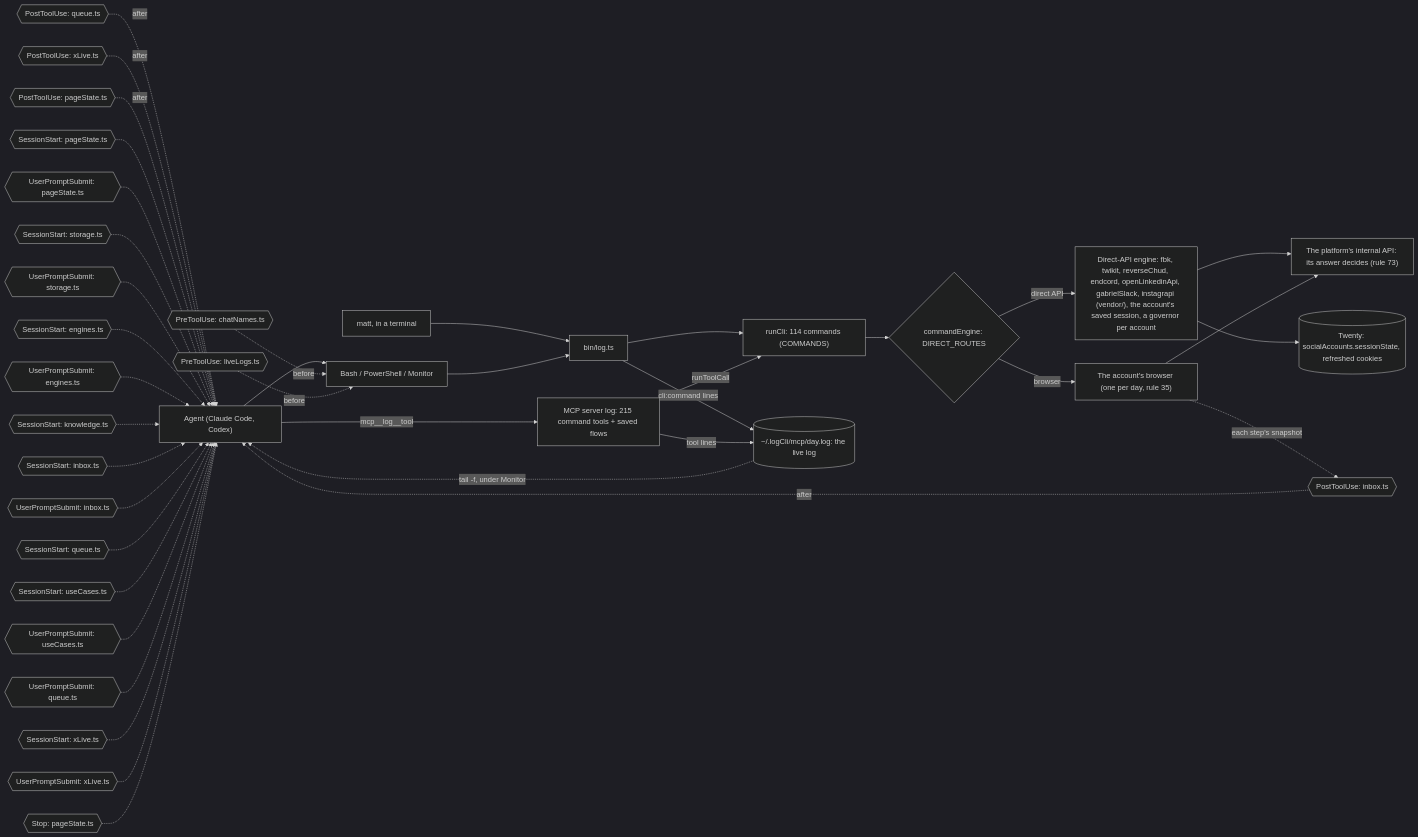
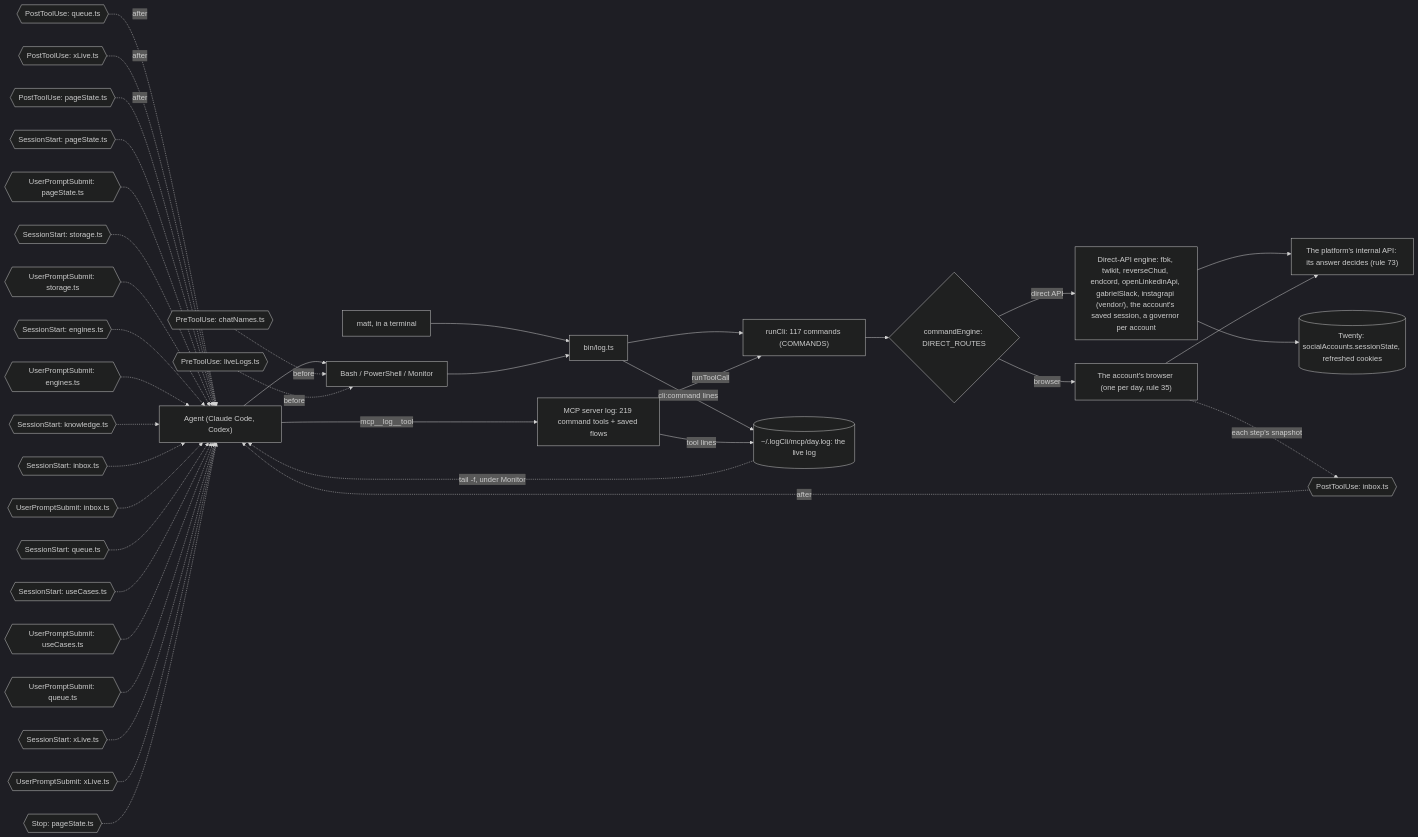
The diagram in docs/diagrams/surface.mmd (matthewdonsemail-lab/log), drawn with Mermaid (dark theme) before and after one commit. The commit also changed 25 other files, not shown here.

```diff
--- a/docs/diagrams/surface.mmd
+++ b/docs/diagrams/surface.mmd
@@ -1,53 +1,53 @@
 %% How a call reaches log-cli. From a shell or over MCP, both run the same commands through `runCli`, write the same live log, and pass through the same hooks. `commandEngine` sends each command to the platform's direct API or to the account's browser.
 %% Written by `bun run docs:build` from the code (rule 56). Not edited by hand.
 flowchart LR
   agent["Agent (Claude Code, Codex)"]
   matt["matt, in a terminal"]
   shell["Bash / PowerShell / Monitor"]
-  mcp["MCP server log: 215 command tools + saved flows"]
+  mcp["MCP server log: 219 command tools + saved flows"]
   bin["bin/log.ts"]
-  runCli["runCli: 114 commands (COMMANDS)"]
+  runCli["runCli: 117 commands (COMMANDS)"]
   live[("~/.logCli/mcp/day.log: the live log")]
   engine{"commandEngine: DIRECT_ROUTES"}
   direct["Direct-API engine: fbk, twikit, reverseChud, endcord, openLinkedinApi, gabrielSlack, instagrapi (vendor/), the account's saved session, a governor per account"]
   browser["The account's browser (one per day, rule 35)"]
   api["The platform's internal API: its answer decides (rule 73)"]
   twenty[("Twenty: socialAccounts.sessionState, refreshed cookies")]
   agent --> shell
   matt --> bin
   shell --> bin
   agent -->|mcp__log__tool| mcp
   bin --> runCli
   mcp -->|runToolCall| runCli
   runCli --> engine
   engine -->|direct API| direct
   engine -->|browser| browser
   direct --> api
   browser --> api
   direct --> twenty
   bin -->|cli:command lines| live
   mcp -->|tool lines| live
   live -.->|tail -f, under Monitor| agent
   pre0{{"PreToolUse: chatNames.ts"}} -.->|before| shell
   pre1{{"PreToolUse: liveLogs.ts"}} -.->|before| shell
   post0{{"PostToolUse: inbox.ts"}} -.->|after| agent
   post1{{"PostToolUse: queue.ts"}} -.->|after| agent
   post2{{"PostToolUse: xLive.ts"}} -.->|after| agent
   post3{{"PostToolUse: pageState.ts"}} -.->|after| agent
   turn0{{"SessionStart: pageState.ts"}} -.-> agent
   turn1{{"UserPromptSubmit: pageState.ts"}} -.-> agent
   turn2{{"SessionStart: storage.ts"}} -.-> agent
   turn3{{"UserPromptSubmit: storage.ts"}} -.-> agent
   turn4{{"SessionStart: engines.ts"}} -.-> agent
   turn5{{"UserPromptSubmit: engines.ts"}} -.-> agent
   turn6{{"SessionStart: knowledge.ts"}} -.-> agent
   turn7{{"SessionStart: inbox.ts"}} -.-> agent
   turn8{{"UserPromptSubmit: inbox.ts"}} -.-> agent
   turn9{{"SessionStart: queue.ts"}} -.-> agent
   turn10{{"SessionStart: useCases.ts"}} -.-> agent
   turn11{{"UserPromptSubmit: useCases.ts"}} -.-> agent
   turn12{{"UserPromptSubmit: queue.ts"}} -.-> agent
   turn13{{"SessionStart: xLive.ts"}} -.-> agent
   turn14{{"UserPromptSubmit: xLive.ts"}} -.-> agent
   turn15{{"Stop: pageState.ts"}} -.-> agent
   browser -.->|each step's snapshot| post0
```
